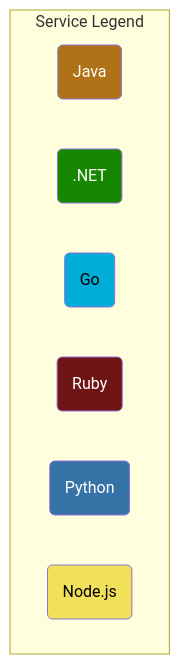
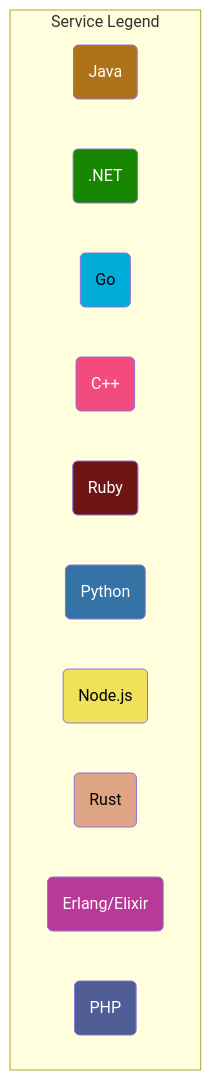
One commit to open-telemetry/opentelemetry-demo changed the second of 2 diagrams in README.md. Above: the diagram before and after it, drawn with Mermaid. The commit also changed other lines of this file, not shown here.

````diff
--- a/README.md
+++ b/README.md
@@ -172,22 +183,26 @@
 ```mermaid
 graph TD
 subgraph Service Legend
   javasvc(Java):::java
   dotnetsvc(.NET):::dotnet
   golangsvc(Go):::golang
+  cppsvc(C++):::cpp
   rubysvc(Ruby):::ruby
   pythonsvc(Python):::python
   nodesvc(Node.js):::nodejs
+  rustsvc(Rust):::rust
+  erlangsvc(Erlang/Elixir):::erlang
+  phpsvc(PHP):::php
 end
 
 classDef java fill:#b07219,color:white;
 classDef dotnet fill:#178600,color:white;
 classDef golang fill:#00add8,color:black;
 classDef cpp fill:#f34b7d,color:white;
 classDef ruby fill:#701516,color:white;
 classDef python fill:#3572A5,color:white;
 classDef nodejs fill:#f1e05a,color:black;
 classDef rust fill:#dea584,color:black;
 classDef erlang fill:#b83998,color:white;
 classDef php fill:#4f5d95,color:white;
 ```
````
